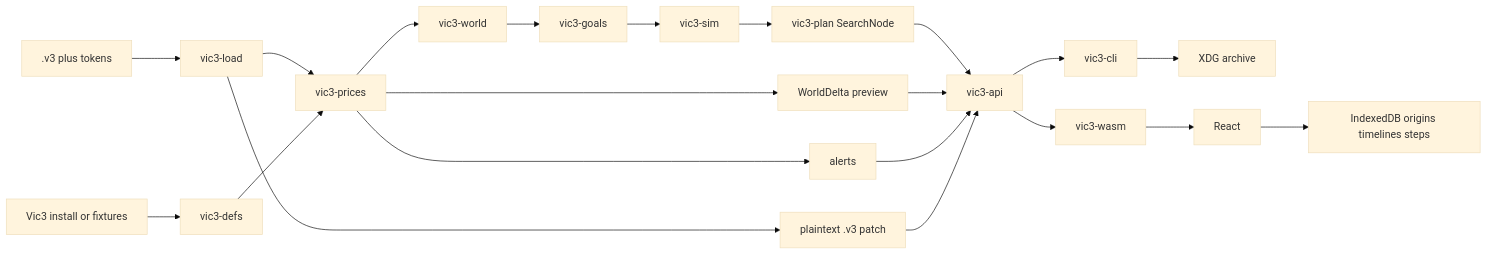
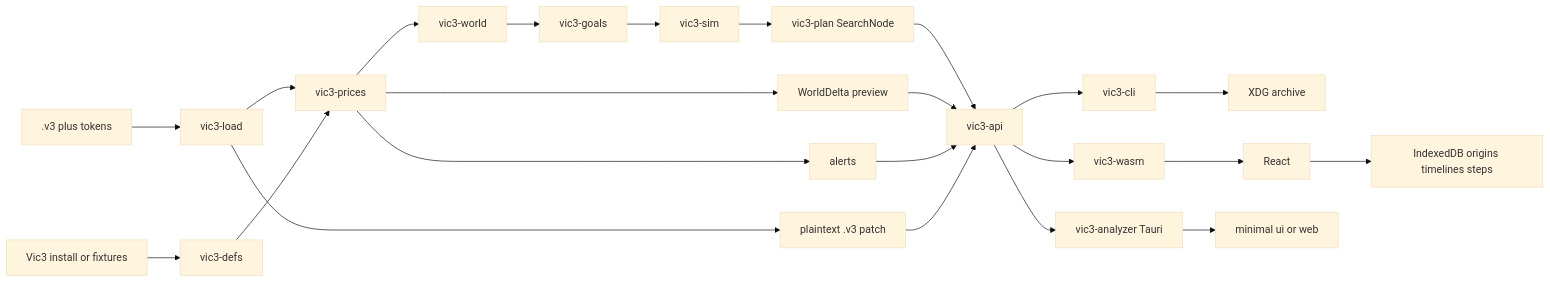
One commit to jmalicki/vic3-analyzer changed the diagram in docs/architecture.md. Above: the diagram before and after it, drawn with Mermaid (base theme). The commit also changed other lines of this file and 23 other files, not shown here.

First line of the commit message:
Add Tauri 2 desktop shell with gui/mcp argv modes.

````diff
--- a/docs/architecture.md
+++ b/docs/architecture.md
@@ -34,23 +36,25 @@
 ```mermaid
 flowchart LR
   save[".v3 plus tokens"] --> load[vic3-load]
   game[Vic3 install or fixtures] --> defs[vic3-defs]
   load --> prices[vic3-prices]
   defs --> prices
   prices --> alerts[alerts]
   prices --> preview[WorldDelta preview]
   prices --> world[vic3-world]
   world --> goals[vic3-goals]
   goals --> sim[vic3-sim]
   sim --> plan[vic3-plan SearchNode]
   plan --> api[vic3-api]
   preview --> api
   alerts --> api
   load --> export[plaintext .v3 patch]
   export --> api
   api --> cli[vic3-cli]
   api --> wasm[vic3-wasm]
+  api --> desktop[vic3-analyzer Tauri]
   cli --> xdg[XDG archive]
   wasm --> ui[React]
+  desktop --> uiShell[minimal ui or web]
   ui --> idb[IndexedDB origins timelines steps]
 ```
````
